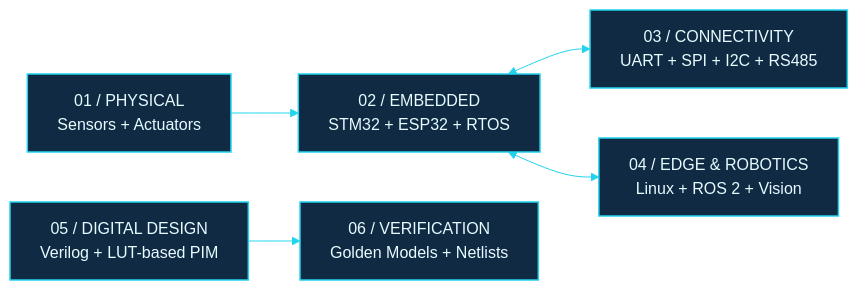
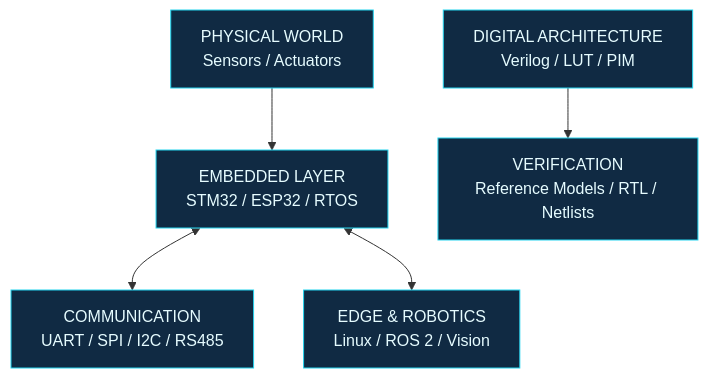
Before and after one commit to suryak26/suryak26: the diagram in README.md, drawn with Mermaid. The commit also changed other lines of this file, not shown here.

````diff
--- a/README.md
+++ b/README.md
@@ -43,18 +39,17 @@
 ```mermaid
-%%{init: {"theme":"base","themeVariables":{"background":"#0B1220","primaryColor":"#102A43","primaryTextColor":"#E6FCFF","primaryBorderColor":"#22D3EE","lineColor":"#22D3EE","secondaryColor":"#123047","tertiaryColor":"#0F172A","fontFamily":"monospace"}}}%%
-flowchart LR
-    A["01 / PHYSICAL<br/>Sensors + Actuators"]
-    B["02 / EMBEDDED<br/>STM32 + ESP32 + RTOS"]
-    C["03 / CONNECTIVITY<br/>UART + SPI + I2C + RS485"]
-    D["04 / EDGE & ROBOTICS<br/>Linux + ROS 2 + Vision"]
-    E["05 / DIGITAL DESIGN<br/>Verilog + LUT-based PIM"]
-    F["06 / VERIFICATION<br/>Golden Models + Netlists"]
+flowchart TD
+    A["PHYSICAL WORLD<br/>Sensors / Actuators"]
+    B["EMBEDDED LAYER<br/>STM32 / ESP32 / RTOS"]
+    C["COMMUNICATION<br/>UART / SPI / I2C / RS485"]
+    D["EDGE & ROBOTICS<br/>Linux / ROS 2 / Vision"]
+    E["DIGITAL ARCHITECTURE<br/>Verilog / LUT / PIM"]
+    F["VERIFICATION<br/>Reference Models / RTL / Netlists"]
 
     A --> B
     B <--> C
     B <--> D
     E --> F
 
-    classDef cyan fill:#102A43,stroke:#22D3EE,color:#E6FCFF,stroke-width:1.5px;
-    class A,B,C,D,E,F cyan;
+    classDef system fill:#102A43,stroke:#22D3EE,color:#E6FCFF
+    class A,B,C,D,E,F system
 ```
````
